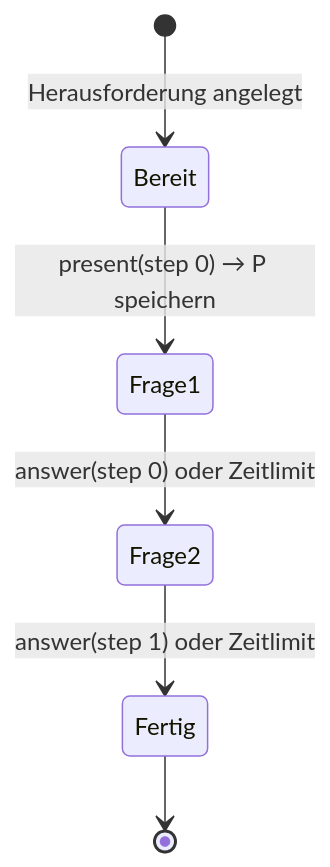
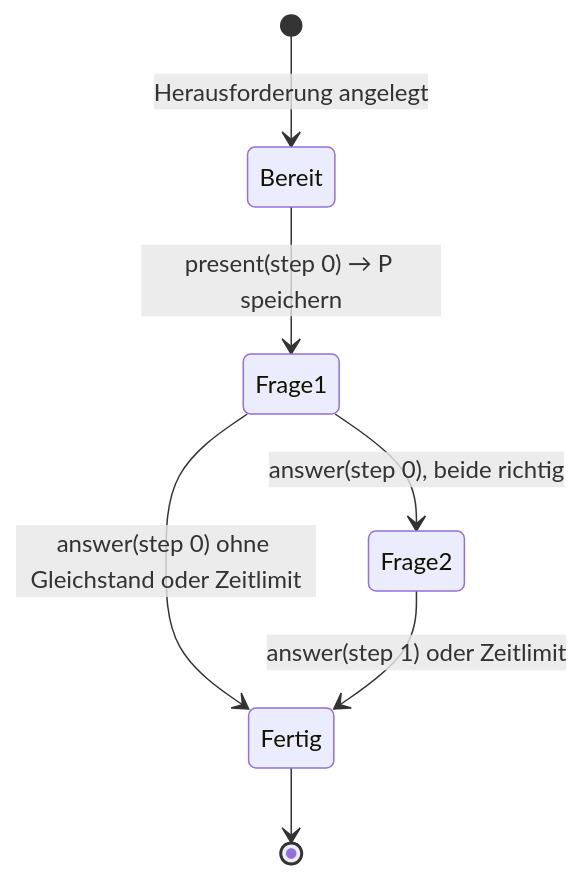
The first of 2 diagrams in docs/QUIZ_ENGINE.md (cibakhun/trivia-game), drawn with Mermaid before and after one commit. The commit also changed other lines of this file and 142 other files, not shown here.

````diff
--- a/docs/QUIZ_ENGINE.md
+++ b/docs/QUIZ_ENGINE.md
@@ -126,8 +128,9 @@
 ```mermaid
 stateDiagram-v2
   [*] --> Bereit: Herausforderung angelegt
   Bereit --> Frage1: present(step 0) → P speichern
-  Frage1 --> Frage2: answer(step 0) oder Zeitlimit
+  Frage1 --> Frage2: answer(step 0), beide richtig
+  Frage1 --> Fertig: answer(step 0) ohne Gleichstand oder Zeitlimit
   Frage2 --> Fertig: answer(step 1) oder Zeitlimit
   Fertig --> [*]
 ```
````
